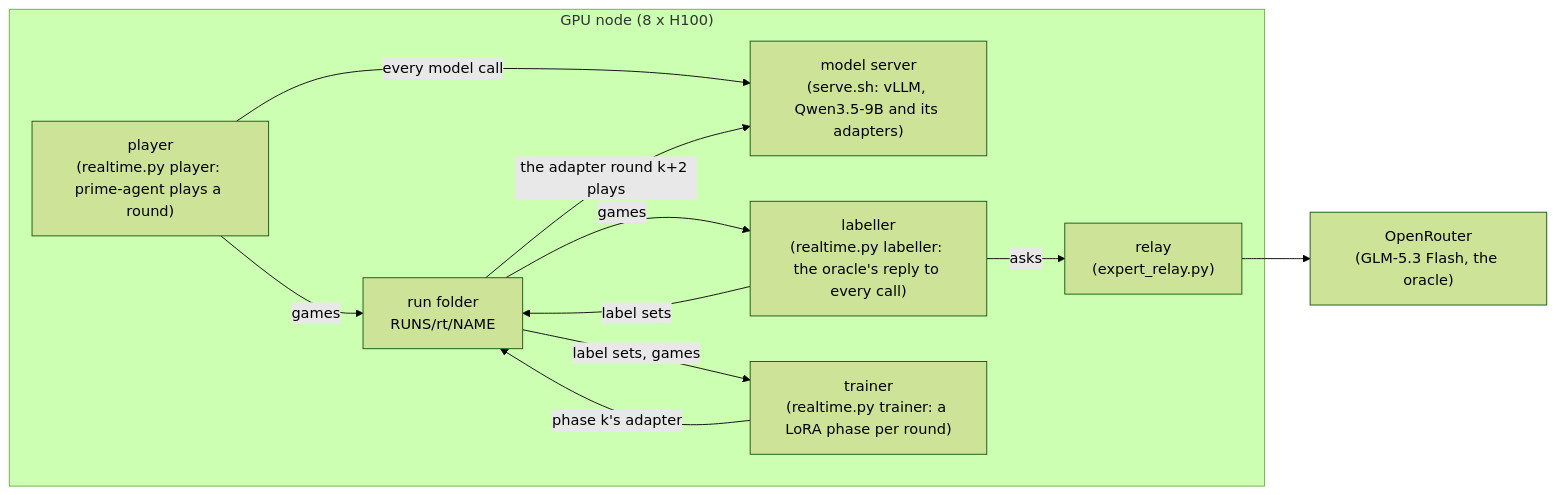
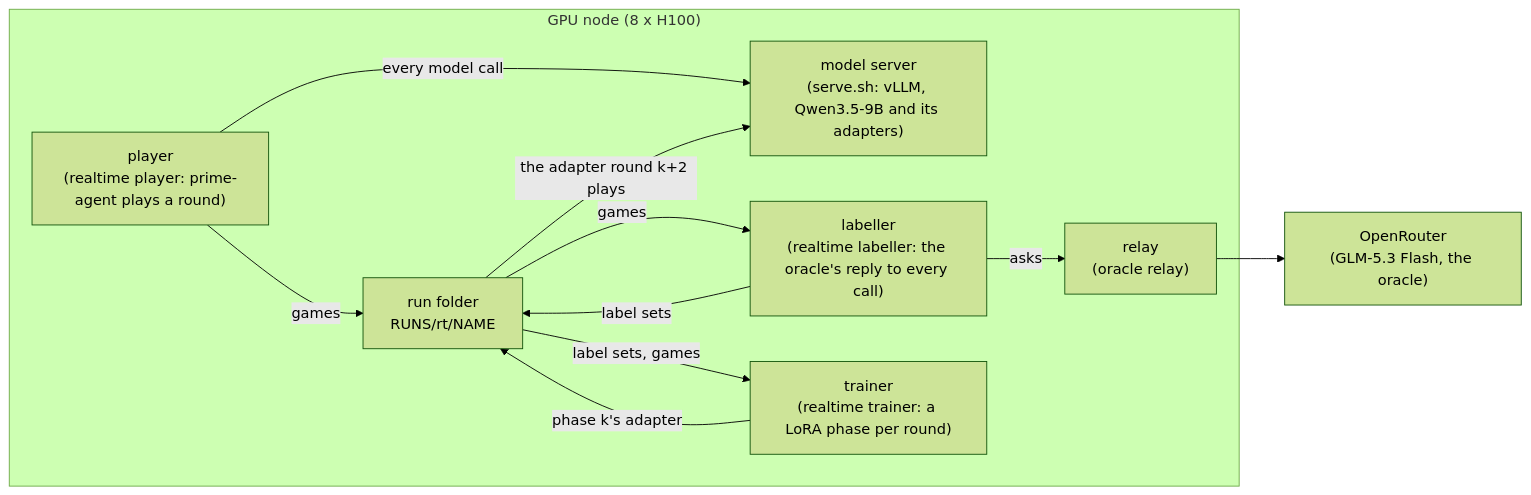
The diagram in training/docs/how-a-run-works.md (unifyai/continual-arc), drawn with Mermaid (forest theme) before and after one commit. The commit also changed other lines of this file and 192 other files, not shown here.

````diff
--- a/training/docs/how-a-run-works.md
+++ b/training/docs/how-a-run-works.md
@@ -12,21 +12,21 @@
 ```mermaid
 flowchart LR
     subgraph node["GPU node (8 x H100)"]
         S["model server<br/>(serve.sh: vLLM, Qwen3.5-9B and its adapters)"]
-        P["player<br/>(realtime.py player: prime-agent plays a round)"]
-        L["labeller<br/>(realtime.py labeller: the oracle's reply to every call)"]
-        T["trainer<br/>(realtime.py trainer: a LoRA phase per round)"]
-        X["relay<br/>(expert_relay.py)"]
+        P["player<br/>(realtime player: prime-agent plays a round)"]
+        L["labeller<br/>(realtime labeller: the oracle's reply to every call)"]
+        T["trainer<br/>(realtime trainer: a LoRA phase per round)"]
+        X["relay<br/>(oracle relay)"]
         F["run folder<br/>RUNS/rt/NAME"]
     end
     O["OpenRouter<br/>(GLM-5.3 Flash, the oracle)"]
     P -- "every model call" --> S
     P -- "games" --> F
     F -- "games" --> L
     L -- "asks" --> X
     X --> O
     L -- "label sets" --> F
     F -- "label sets, games" --> T
     T -- "phase k's adapter" --> F
     F -- "the adapter round k+2 plays" --> S
 ```
````
